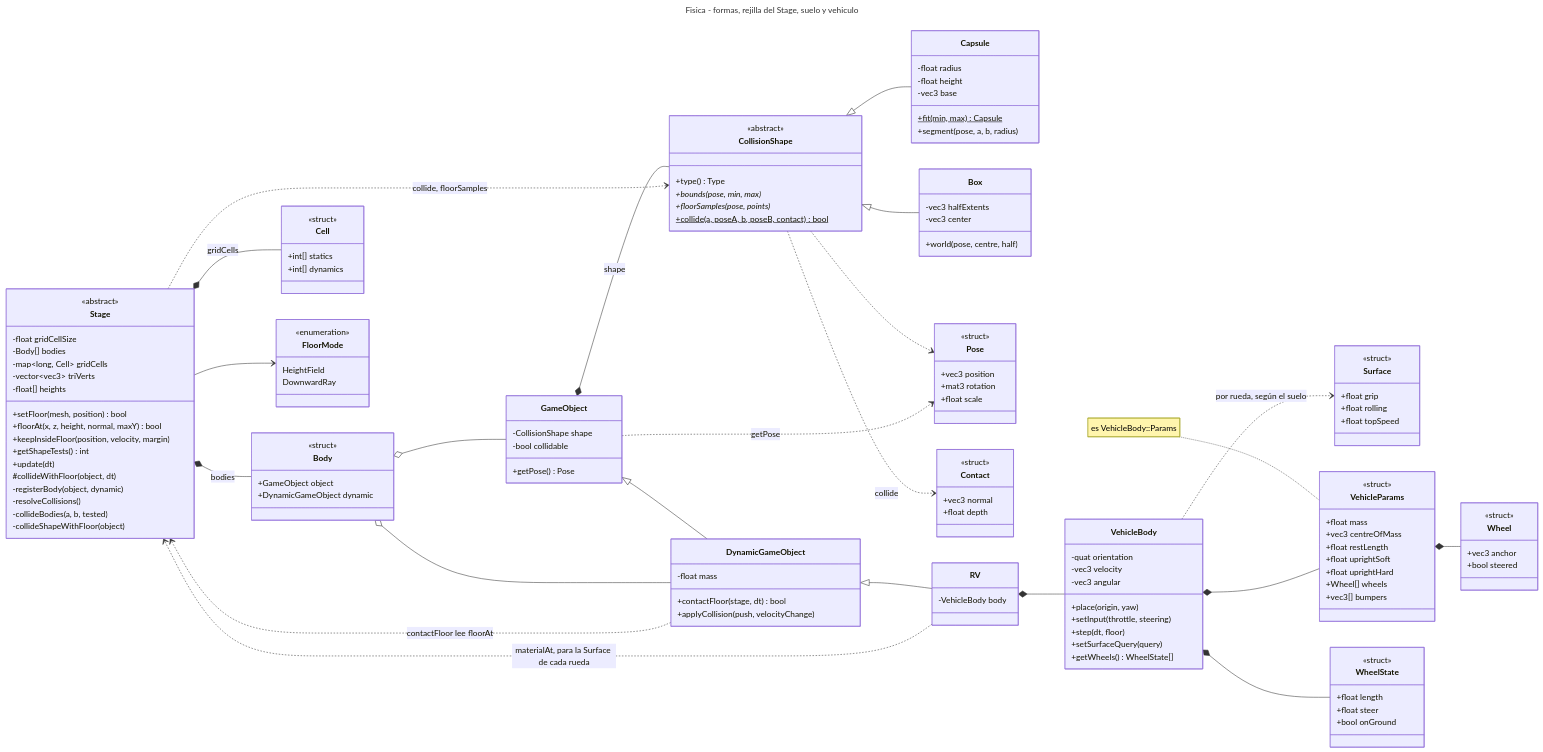
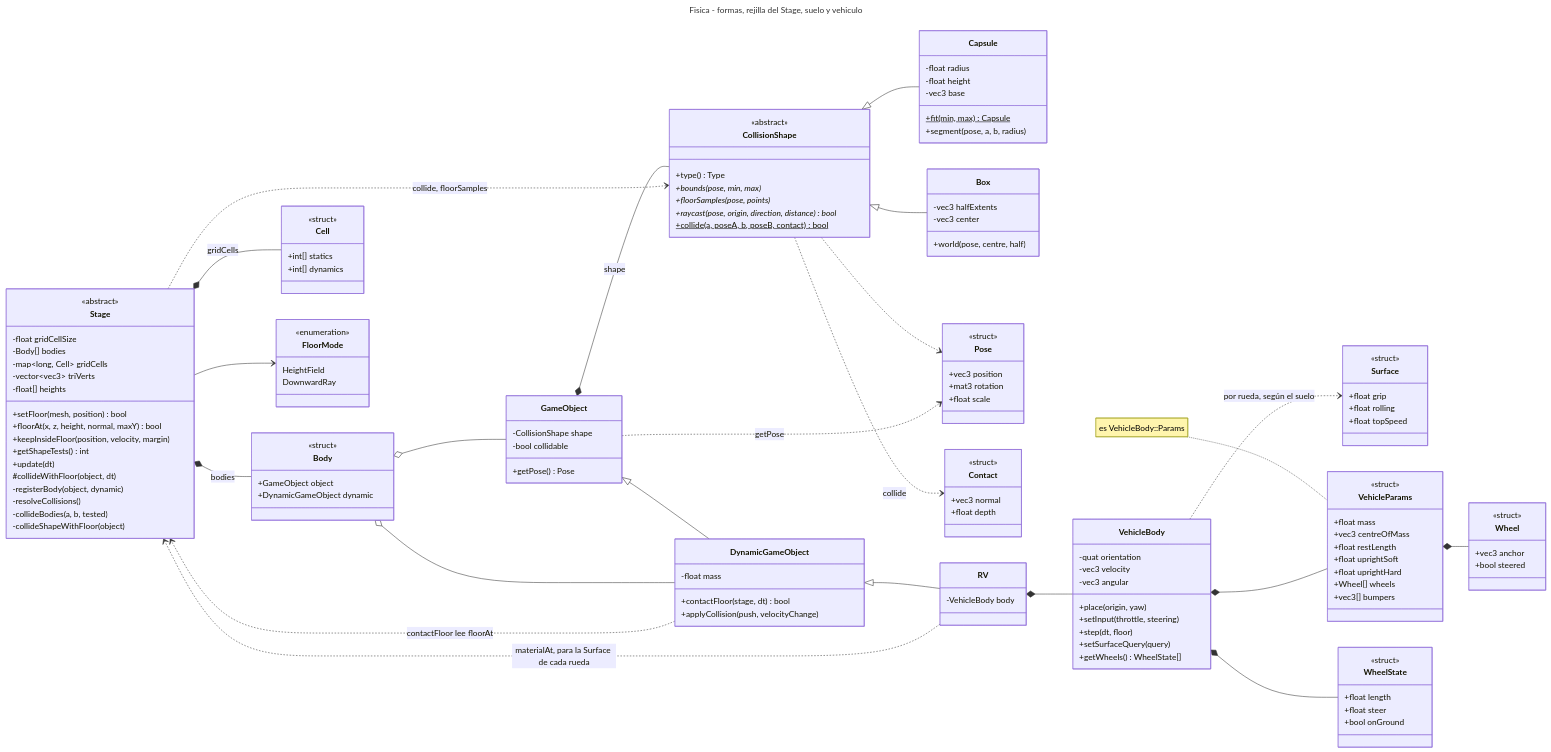
Before and after one commit to Joselitus/3Dengine: the third of 11 diagrams in docs/UML.md, drawn with Mermaid. The commit also changed other lines of this file and 34 other files, not shown here.

```diff
--- a/docs/UML.md
+++ b/docs/UML.md
@@ -389,6 +403,7 @@
         +type() Type
         +bounds(pose, min, max)*
         +floorSamples(pose, points)*
+        +raycast(pose, origin, direction, distance)* bool
         +collide(a, poseA, b, poseB, contact)$ bool
     }
     class Capsule {
```
